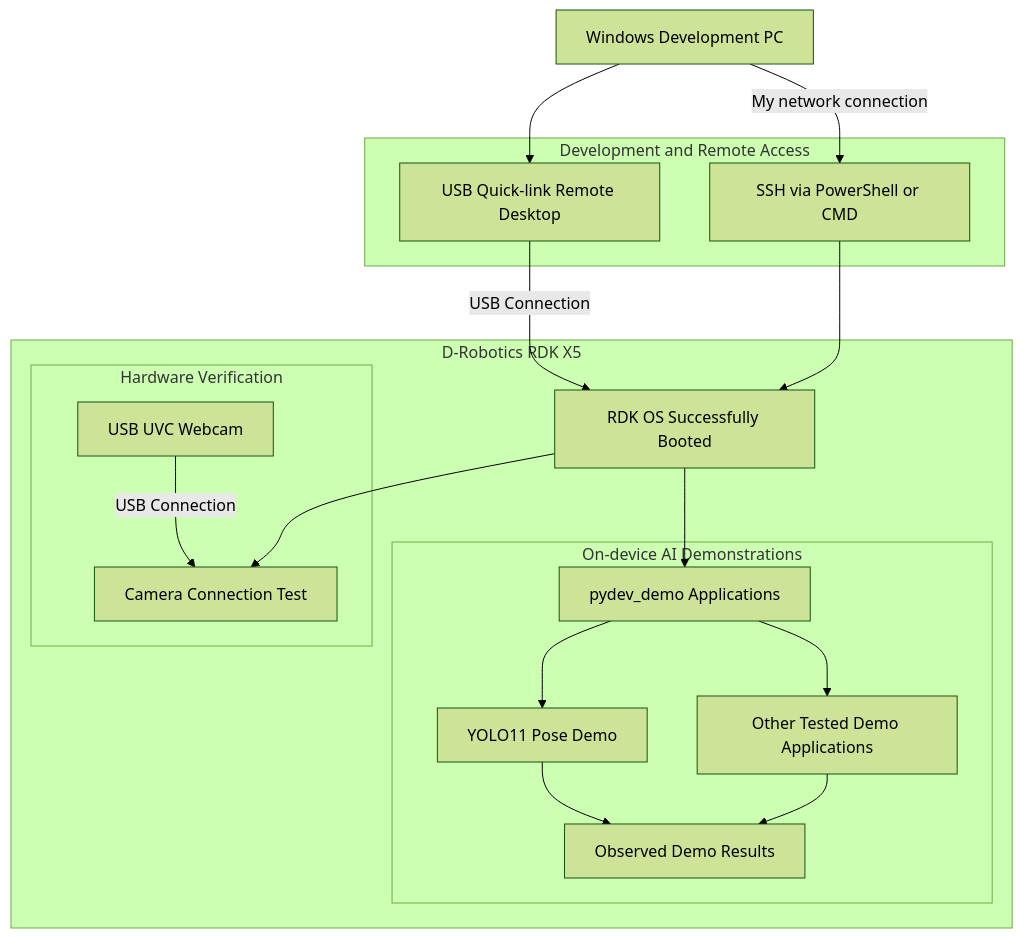
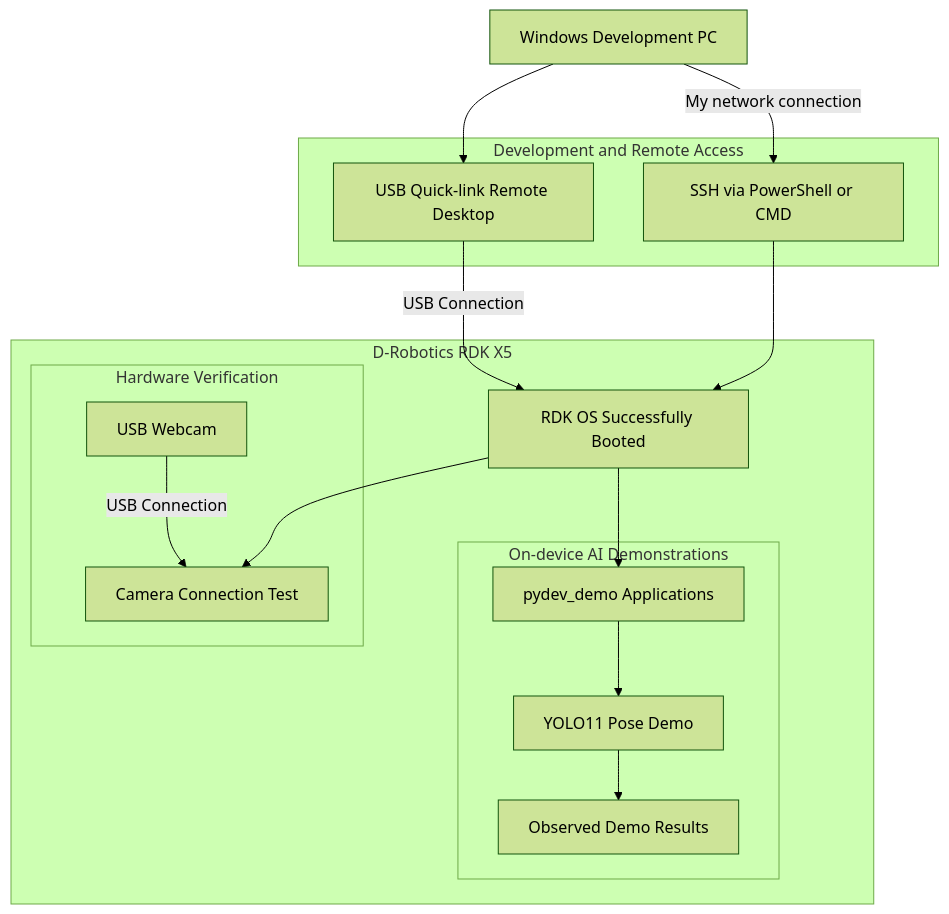
The diagram in projects/Mark-Project-rdk-x5-stage1-demo.md (D-Robotics/Robotics-Dream-Keeper-Challenge-Winter), drawn with Mermaid (forest theme) before and after one commit.

````diff
--- a/projects/Mark-Project-rdk-x5-stage1-demo.md
+++ b/projects/Mark-Project-rdk-x5-stage1-demo.md
@@ -32,44 +32,41 @@
 ```mermaid
 flowchart TB
 
     PC["Windows Development PC"]
 
     subgraph ACCESS["Development and Remote Access"]
         QUICK["USB Quick-link Remote Desktop"]
         SSH["SSH via PowerShell or CMD"]
     end
 
     subgraph BOARD["D-Robotics RDK X5"]
 
         OS["RDK OS Successfully Booted"]
 
         subgraph HARDWARE["Hardware Verification"]
-            CAMERA["USB UVC Webcam"]
+            CAMERA["USB Webcam"]
             CAMTEST["Camera Connection Test"]
         end
 
         subgraph AI["On-device AI Demonstrations"]
             PYDEV["pydev_demo Applications"]
             YOLO["YOLO11 Pose Demo"]
-            OTHER["Other Tested Demo Applications"]
             OUTPUT["Observed Demo Results"]
         end
 
     end
 
     PC --> QUICK
     QUICK -->|"USB Connection"| OS
 
     PC -->|"My network connection"| SSH
     SSH --> OS
 
     CAMERA -->|"USB Connection"| CAMTEST
     OS --> CAMTEST
 
     OS --> PYDEV
     PYDEV --> YOLO
-    PYDEV --> OTHER
 
     YOLO --> OUTPUT
-    OTHER --> OUTPUT
 ```
````
